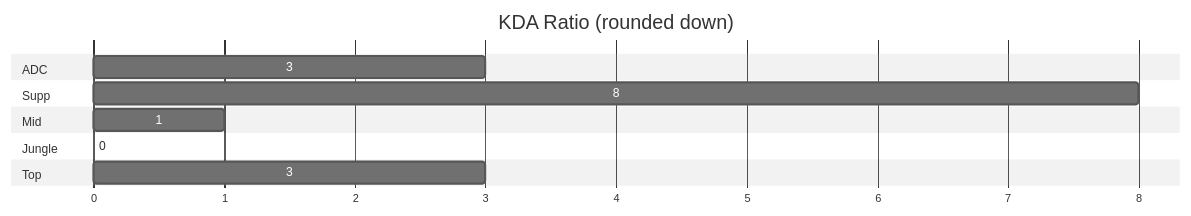
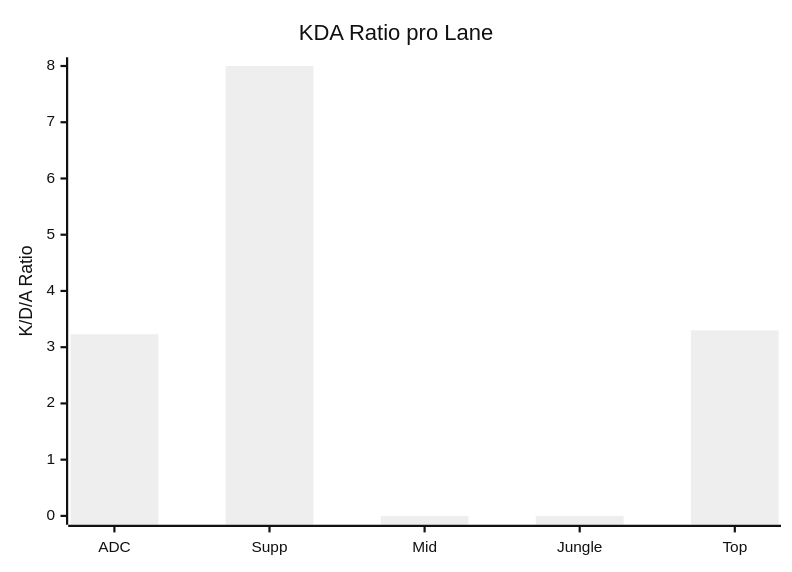
One commit to flowinho/zensical-website changed the third of 5 diagrams in docs/gaming/wild-rift.md. Above: the diagram before and after it, drawn with Mermaid (neutral theme). The commit also changed other lines of this file and 1 other file, not shown here.

````diff
--- a/docs/gaming/wild-rift.md
+++ b/docs/gaming/wild-rift.md
@@ -84,16 +54,7 @@
 ```mermaid
-gantt
-    title KDA Ratio (rounded down)
-    dateFormat X
-    axisFormat %s
-    section ADC
-    3   : 0, 3
-    section Supp
-    8   : 0, 8
-    section Mid
-    1   : 0, 1
-    section Jungle
-    0    : 0, 0
-    section Top
-    3    : 0, 3
+xychart-beta 
+	title "KDA Ratio pro Lane"
+	x-axis [ADC, Supp, Mid, Jungle, Top]
+	y-axis "K/D/A Ratio"
+	bar [3.23,8,0,0,3.3]
 ```
````
